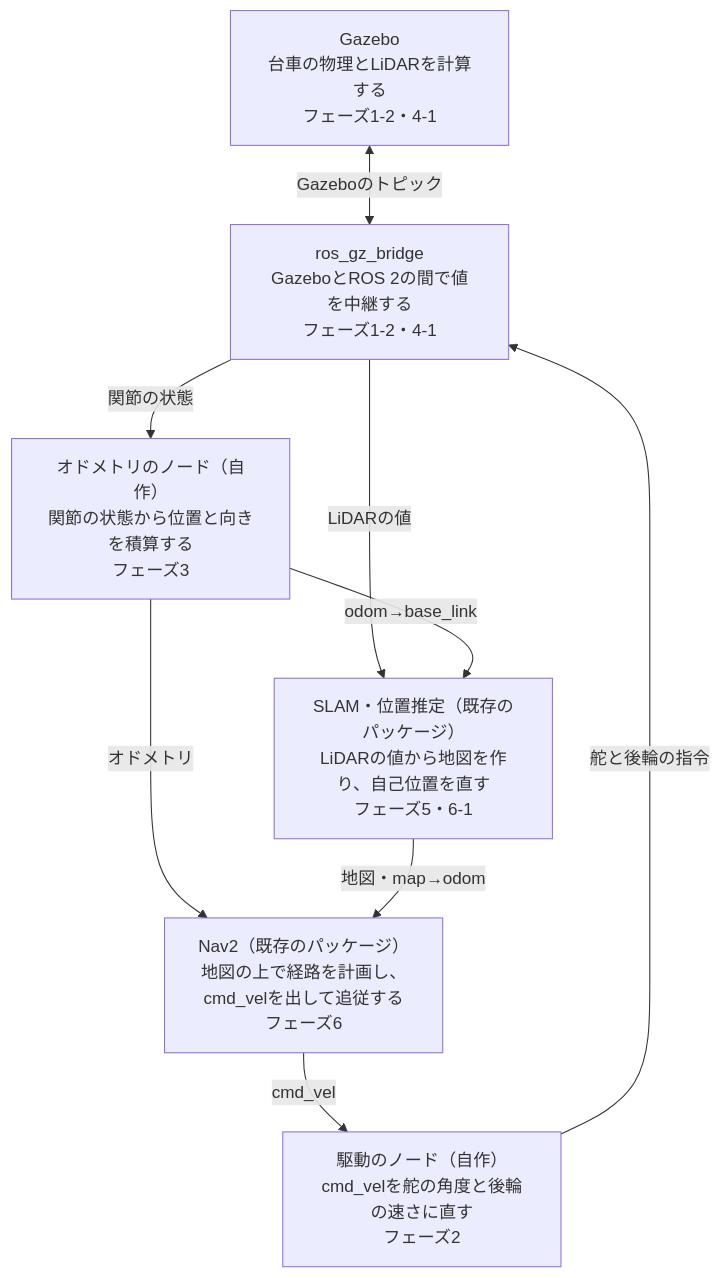
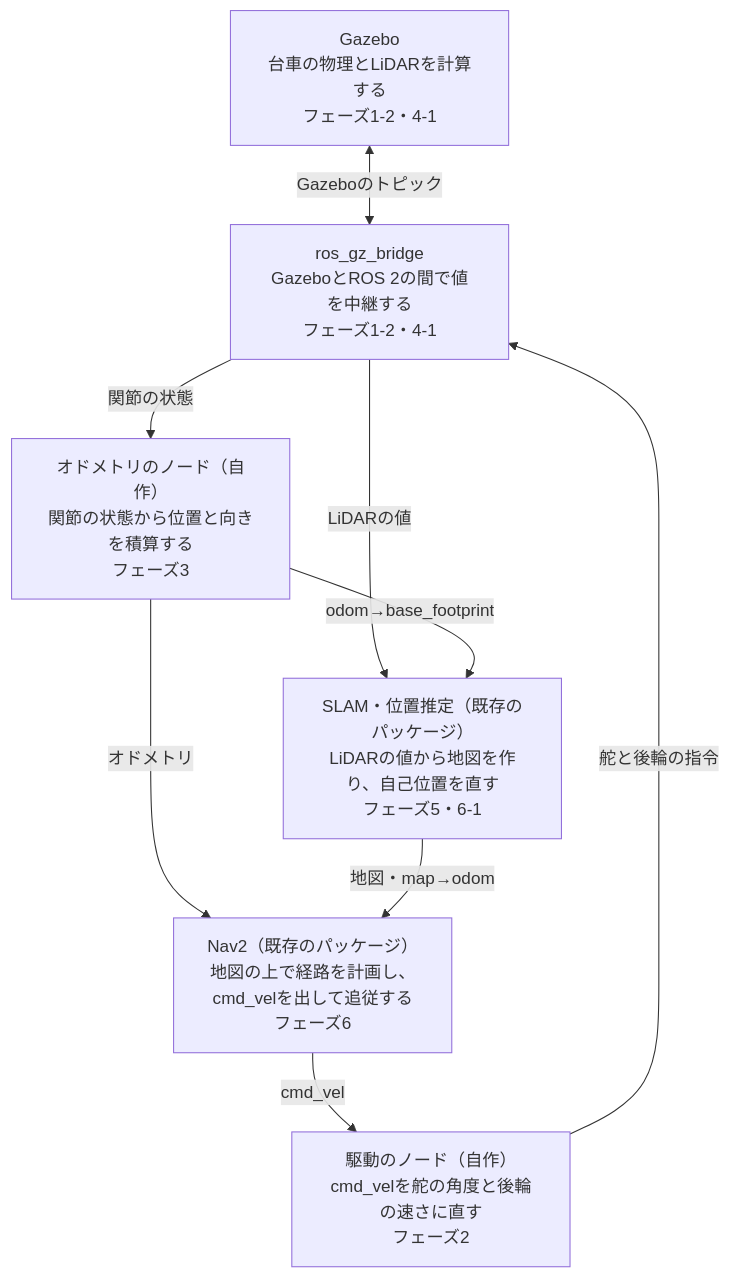
One commit to SanghunIm1991/ros2AckermannRobotFromScratch changed the second of 2 diagrams in docs/phase0_overview.md. Above: the diagram before and after it, drawn with Mermaid. The commit also changed other lines of this file and 7 other files, not shown here.

Commit message:
[claude] フェーズ3-1の手順書（自転車モデルのオドメトリとTF）と図1枚を追加し、TFをodom→base_footprintにそろえ、独立したレビューの指摘を反映

````diff
--- a/docs/phase0_overview.md
+++ b/docs/phase0_overview.md
@@ -190,11 +190,11 @@
 ```mermaid
 flowchart TB
     GZ["Gazebo<br/>台車の物理とLiDARを計算する<br/>フェーズ1-2・4-1"] <-- "Gazeboのトピック" --> BR["ros_gz_bridge<br/>GazeboとROS 2の間で値を中継する<br/>フェーズ1-2・4-1"]
     DRV["駆動のノード（自作）<br/>cmd_velを舵の角度と後輪の速さに直す<br/>フェーズ2"] -- "舵と後輪の指令" --> BR
     BR -- "関節の状態" --> ODO["オドメトリのノード（自作）<br/>関節の状態から位置と向きを積算する<br/>フェーズ3"]
     BR -- "LiDARの値" --> SLAM["SLAM・位置推定（既存のパッケージ）<br/>LiDARの値から地図を作り、自己位置を直す<br/>フェーズ5・6-1"]
-    ODO -- "odom→base_link" --> SLAM
+    ODO -- "odom→base_footprint" --> SLAM
     NAV["Nav2（既存のパッケージ）<br/>地図の上で経路を計画し、cmd_velを出して追従する<br/>フェーズ6"] -- "cmd_vel" --> DRV
     ODO -- "オドメトリ" --> NAV
     SLAM -- "地図・map→odom" --> NAV
 ```
````
